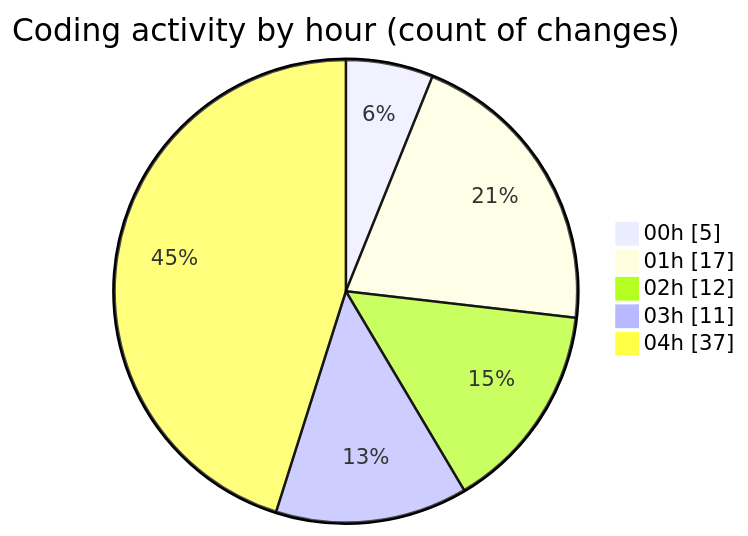
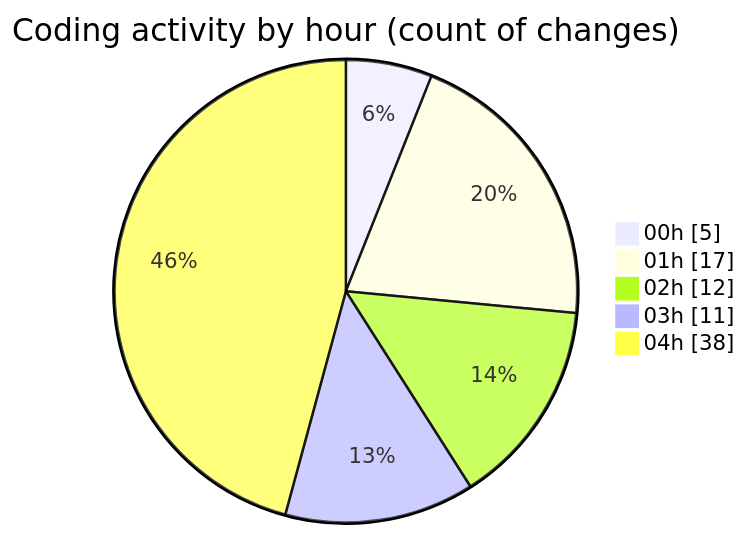
One commit to EIIisD/code-tracking changed the second of 2 diagrams in 2025-08-04/tw-server/README.md. Above: the diagram before and after it, drawn with Mermaid. The commit also changed other lines of this file and 1 other file, not shown here.

````diff
--- a/2025-08-04/tw-server/README.md
+++ b/2025-08-04/tw-server/README.md
@@ -38,9 +38,9 @@
 ```mermaid
 pie showData
 title Coding activity by hour (count of changes)
 "00h" : 5
 "01h" : 17
 "02h" : 12
 "03h" : 11
-"04h" : 37
+"04h" : 38
 ```
````
